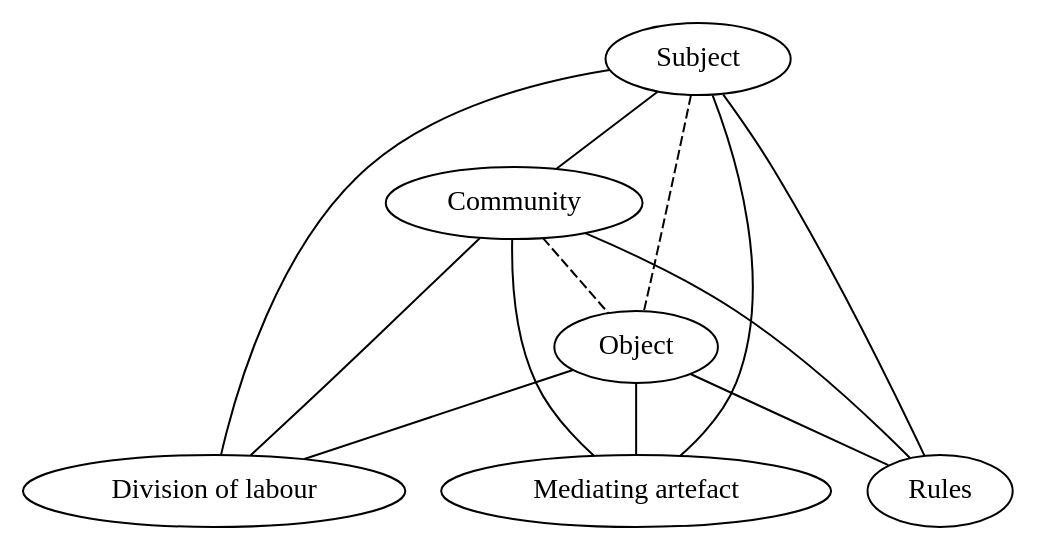
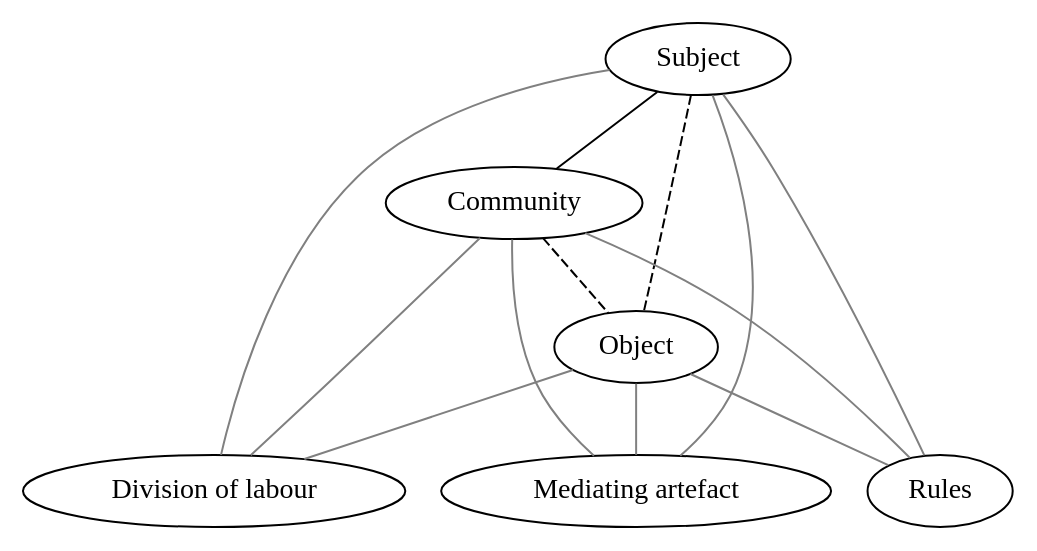
The diagram in conceptual-work/AT-system.dot (Lispl-Wicht/c-logo-s), drawn with Graphviz before and after one commit. The commit also changed 2 other files, not shown here.

```diff
--- a/conceptual-work/AT-system.dot
+++ b/conceptual-work/AT-system.dot
@@ -1,25 +1,25 @@
 graph {
   /*rankdir = LR;*/
   s [label = "Subject"];
   o [label = "Object"];
   c [label = "Community"];
   m [label = "Mediating artefact"];
   r [label = "Rules"];
   d [label =" Division of labour"];
 
   s -- o [ style=dashed ];
   s -- c;
-  s -- m;
-  s -- r;
-  s -- d;
+  s -- m [ color=gray ];
+  s -- r [ color=gray ];
+  s -- d [ color=gray ];
   
   c -- o [ style=dashed ];
-  c -- m;
-  c -- r;
-  c -- d;
+  c -- m [ color=gray ];
+  c -- r [ color=gray ];
+  c -- d [ color=gray ];
 
-  o -- m;
-  o -- d;
-  o -- r;
+  o -- m [ color=gray ];
+  o -- d [ color=gray ];
+  o -- r [ color=gray ];
 
 }
```
